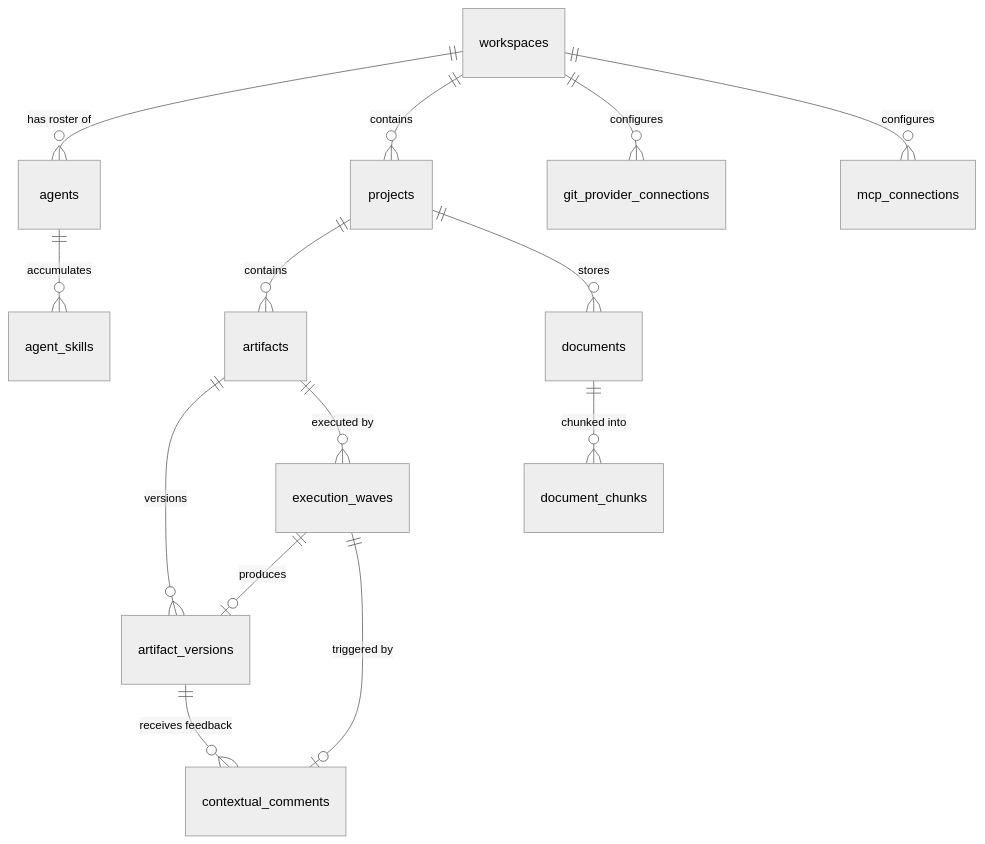
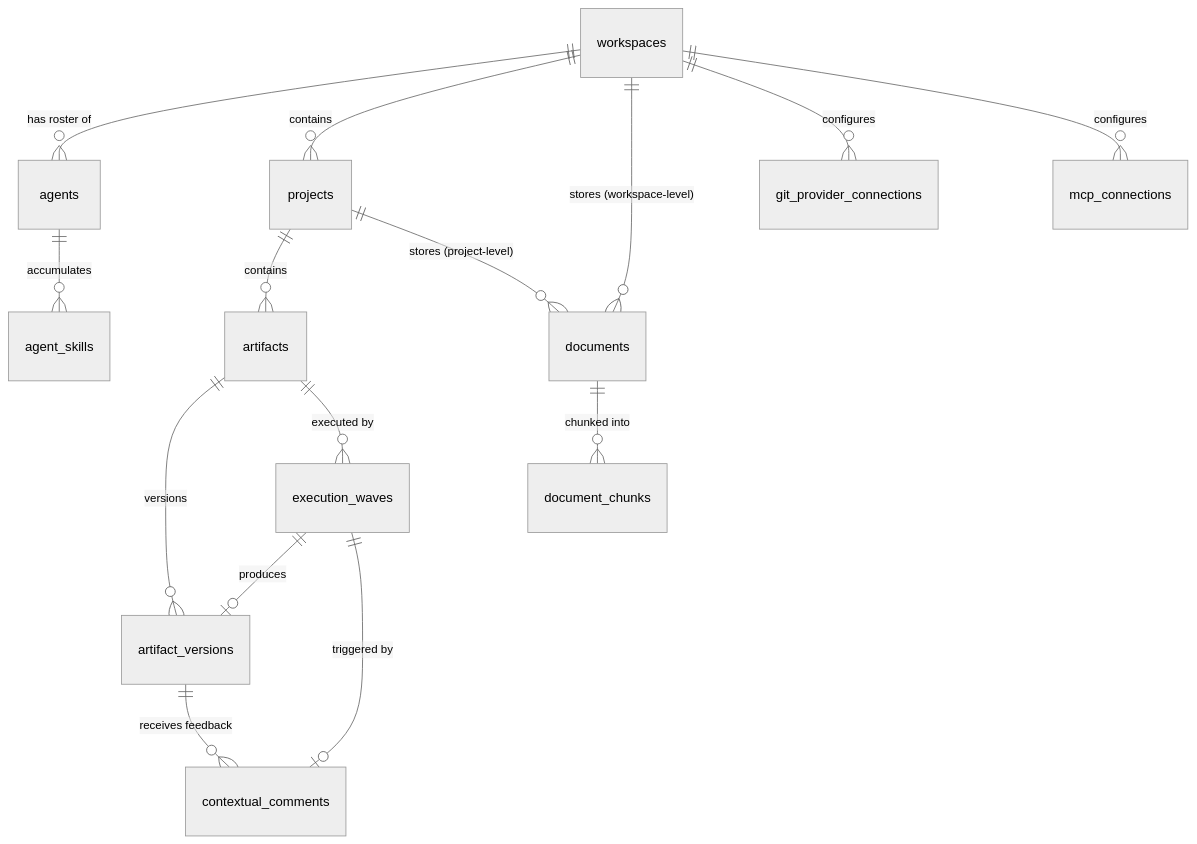
The diagram in docs/TDD/02_BACKEND_ARCHITECTURE_TDD.md (pbeneteau/ai-agent-team), drawn with Mermaid (neutral theme) before and after one commit. The commit also changed other lines of this file and 72 other files, not shown here.

````diff
--- a/docs/TDD/02_BACKEND_ARCHITECTURE_TDD.md
+++ b/docs/TDD/02_BACKEND_ARCHITECTURE_TDD.md
@@ -373,22 +387,23 @@
 ```mermaid
 erDiagram
     workspaces ||--o{ agents : "has roster of"
     workspaces ||--o{ projects : "contains"
+    workspaces ||--o{ documents : "stores (workspace-level)"
     workspaces ||--o{ git_provider_connections : "configures"
     workspaces ||--o{ mcp_connections : "configures"
 
     agents ||--o{ agent_skills : "accumulates"
 
     projects ||--o{ artifacts : "contains"
-    projects ||--o{ documents : "stores"
+    projects ||--o{ documents : "stores (project-level)"
 
     artifacts ||--o{ artifact_versions : "versions"
     artifacts ||--o{ execution_waves : "executed by"
 
     artifact_versions ||--o{ contextual_comments : "receives feedback"
 
     documents ||--o{ document_chunks : "chunked into"
 
     execution_waves ||--o| artifact_versions : "produces"
     execution_waves ||--o| contextual_comments : "triggered by"
 ```
````
